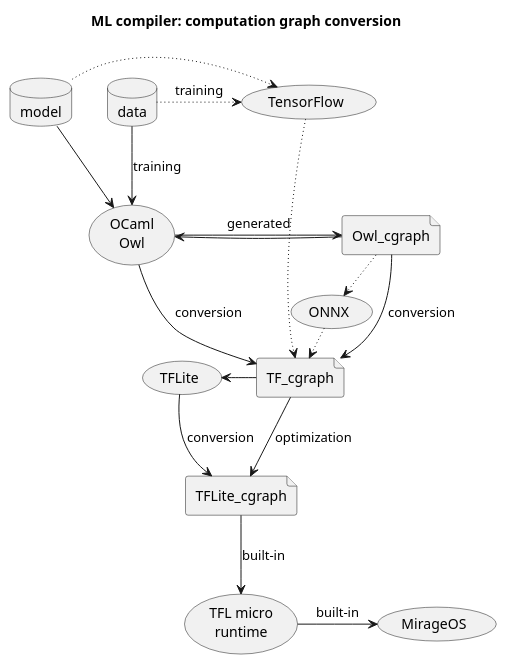
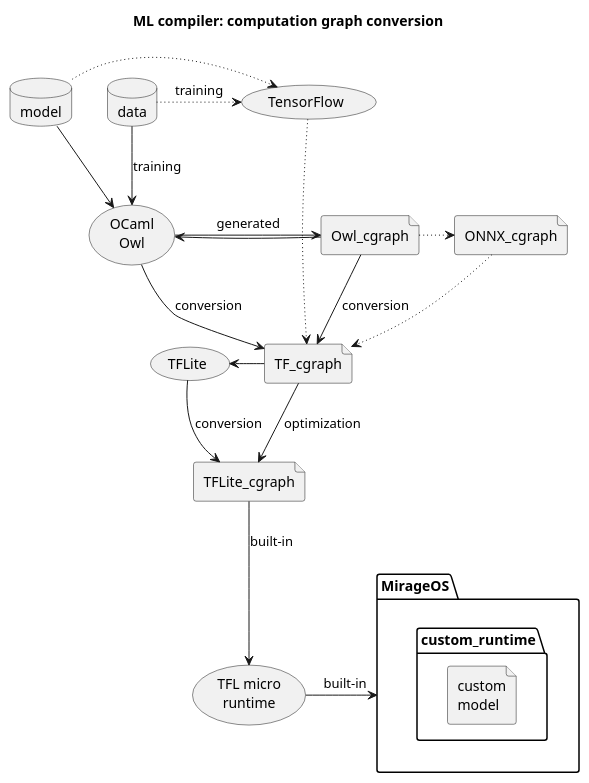
Before and after one commit to doyu/elc2019: the diagram in convert-uc.puml, drawn with PlantUML. The commit also changed 1 other file, not shown here.

```diff
--- a/convert-uc.puml
+++ b/convert-uc.puml
@@ -1,28 +1,34 @@
 @startuml
 title ML compiler: computation graph conversion
 
 database model
 database data
 file Owl_cgraph
 file TF_cgraph
 file TFLite_cgraph
+file ONNX_cgraph
+folder MirageOS {
+        folder custom_runtime {
+        	file "custom\nmodel"
+	}
+}
 
 Owl_cgraph -down-> TF_cgraph : conversion
-Owl_cgraph .[dotted]> (ONNX)
-(ONNX) .[dotted]> TF_cgraph
+Owl_cgraph .[dotted]> ONNX_cgraph
+ONNX_cgraph .[dotted]> TF_cgraph
 model .[dotted]> (TensorFlow)
 data .[dotted]> (TensorFlow) : training
 (TensorFlow) .[dotted]> TF_cgraph
 TF_cgraph -down-> TFLite_cgraph : optimization
 TFLite_cgraph -down-> (TFL micro\nruntime) : built-in
-(TFL micro\nruntime) -right-> (MirageOS) : built-in
+(TFL micro\nruntime) -> MirageOS : built-in
 
 model -down-> (OCaml\nOwl)
 data -down-> (OCaml\nOwl) : training
 (OCaml\nOwl) -> Owl_cgraph : generated
 (OCaml\nOwl) <- Owl_cgraph
 (OCaml\nOwl) -> TF_cgraph : conversion
 (TFLite) <- TF_cgraph
 (TFLite) -> TFLite_cgraph : conversion
 
 @enduml
```
